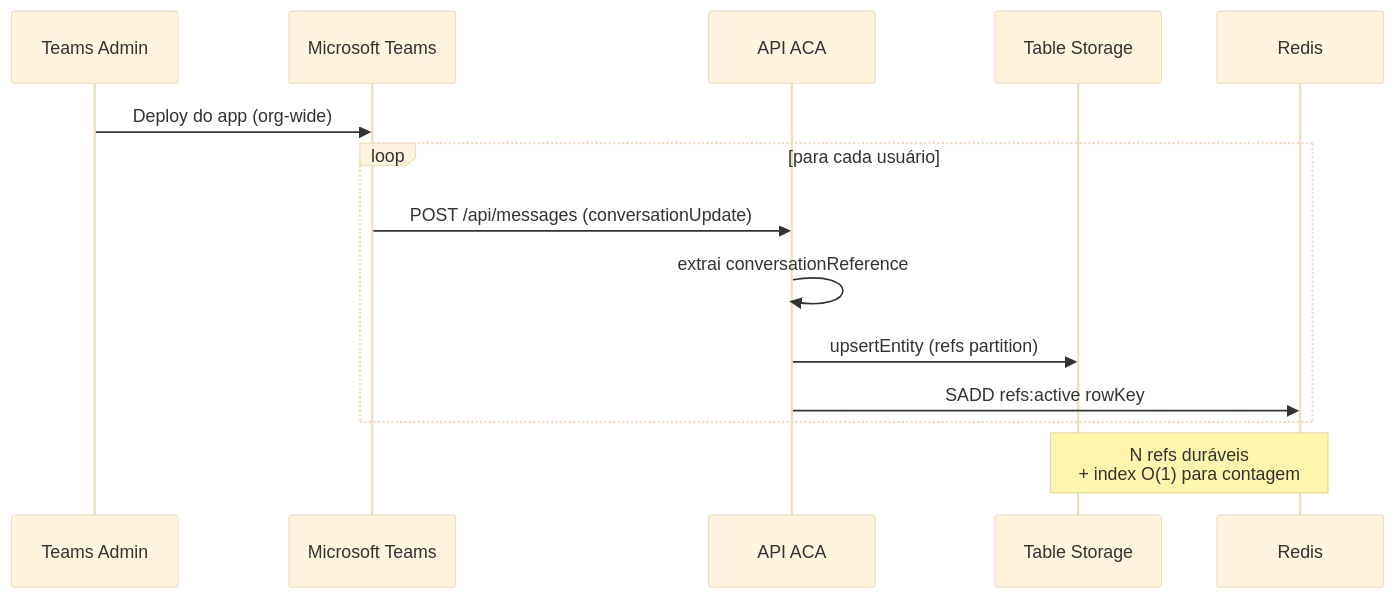
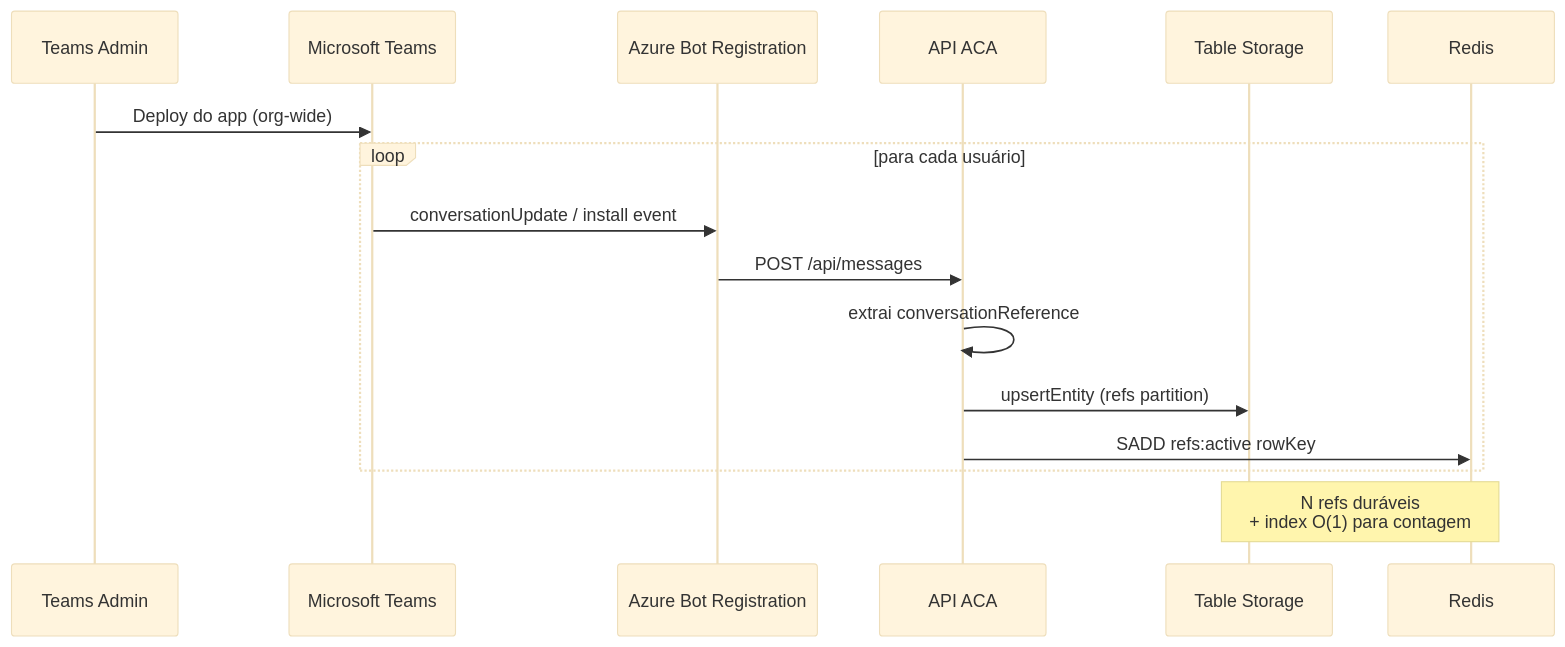
The third of 6 diagrams in README.md (EdneiMonteiro/teams_msgs), drawn with Mermaid (base theme) before and after one commit. The commit also changed other lines of this file, not shown here.

First line of the commit message:
docs: align architecture review findings

````diff
--- a/README.md
+++ b/README.md
@@ -146,17 +164,19 @@
 ```mermaid
 sequenceDiagram
     participant Admin as Teams Admin
     participant Teams as Microsoft Teams
+    participant AzBot as Azure Bot Registration
     participant API as API ACA
     participant Table as Table Storage
     participant Redis as Redis
 
     Admin->>Teams: Deploy do app (org-wide)
     loop para cada usuário
-        Teams->>API: POST /api/messages (conversationUpdate)
+        Teams->>AzBot: conversationUpdate / install event
+        AzBot->>API: POST /api/messages
         API->>API: extrai conversationReference
         API->>Table: upsertEntity (refs partition)
         API->>Redis: SADD refs:active rowKey
     end
     Note over Table,Redis: N refs duráveis<br/>+ index O(1) para contagem
 ```
````
